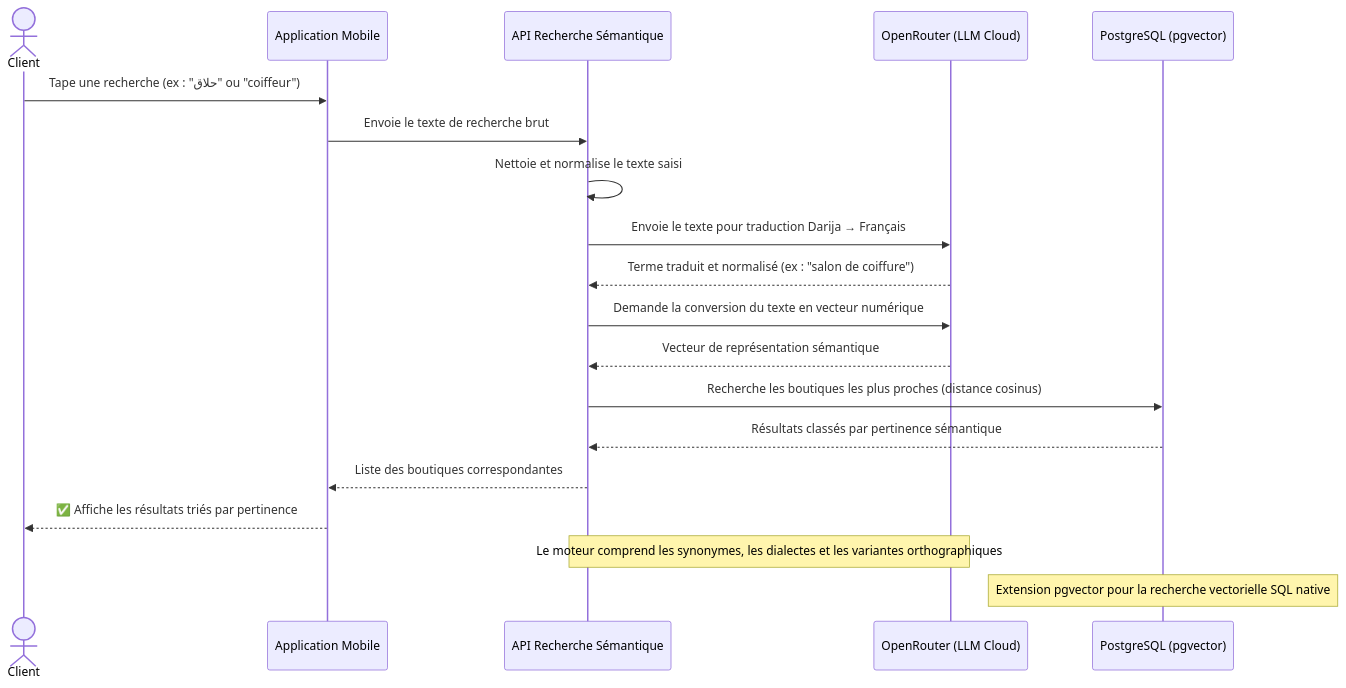
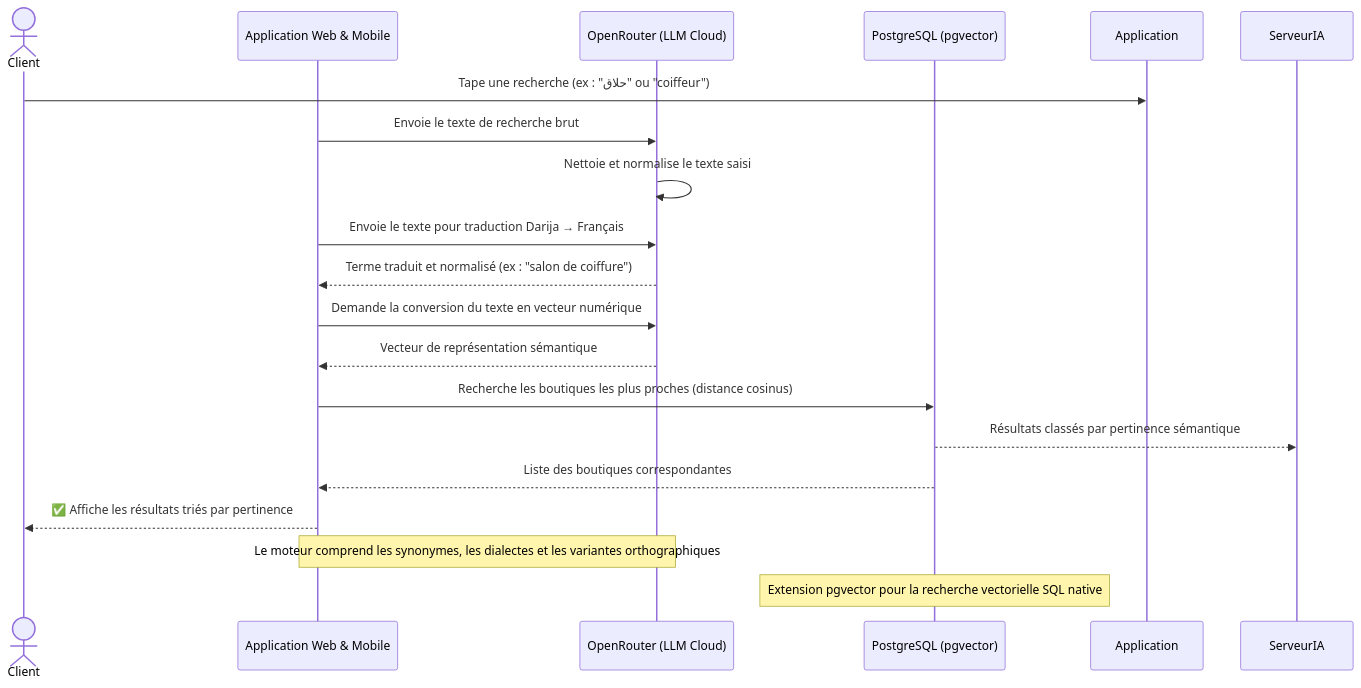
One commit to Abderrahmen1111/private-PFE-repos changed diagram 18 of 34 in SEQUENCE_DIAGRAMS_WORD_FORMAT_OPTIMIZED.md. Above: the diagram before and after it, drawn with Mermaid. The commit also changed other lines of this file and 2 other files, not shown here.

Commit message:
docs: adapt sequence diagrams to Web/Mobile apps and Django SaaS Admin

````diff
--- a/SEQUENCE_DIAGRAMS_WORD_FORMAT_OPTIMIZED.md
+++ b/SEQUENCE_DIAGRAMS_WORD_FORMAT_OPTIMIZED.md
@@ -567,23 +565,23 @@
 ```mermaid
 sequenceDiagram
     actor Client
-    participant Application as Application Mobile
-    participant ServeurIA as API Recherche Sémantique
+    participant App as Application Web & Mobile
+    participant LLM as OpenRouter (LLM Cloud)
     participant LLM as OpenRouter (LLM Cloud)
     participant BD as PostgreSQL (pgvector)
 
     Client->>Application: Tape une recherche (ex : "حلاق" ou "coiffeur")
-    Application->>ServeurIA: Envoie le texte de recherche brut
-    ServeurIA->>ServeurIA: Nettoie et normalise le texte saisi
-    ServeurIA->>LLM: Envoie le texte pour traduction Darija → Français
-    LLM-->>ServeurIA: Terme traduit et normalisé (ex : "salon de coiffure")
-    ServeurIA->>LLM: Demande la conversion du texte en vecteur numérique
-    LLM-->>ServeurIA: Vecteur de représentation sémantique
-    ServeurIA->>BD: Recherche les boutiques les plus proches (distance cosinus)
+    App->>LLM: Envoie le texte de recherche brut
+    LLM->>LLM: Nettoie et normalise le texte saisi
+    App->>LLM: Envoie le texte pour traduction Darija → Français
+    LLM-->>App: Terme traduit et normalisé (ex : "salon de coiffure")
+    App->>LLM: Demande la conversion du texte en vecteur numérique
+    LLM-->>App: Vecteur de représentation sémantique
+    App->>BD: Recherche les boutiques les plus proches (distance cosinus)
     BD-->>ServeurIA: Résultats classés par pertinence sémantique
-    ServeurIA-->>Application: Liste des boutiques correspondantes
-    Application-->>Client: ✅ Affiche les résultats triés par pertinence
+    BD-->>App: Liste des boutiques correspondantes
+    App-->>Client: ✅ Affiche les résultats triés par pertinence
 
-    Note over ServeurIA,LLM: Le moteur comprend les synonymes, les dialectes et les variantes orthographiques
+    Note over App,LLM: Le moteur comprend les synonymes, les dialectes et les variantes orthographiques
     Note over BD: Extension pgvector pour la recherche vectorielle SQL native
 ```
````
